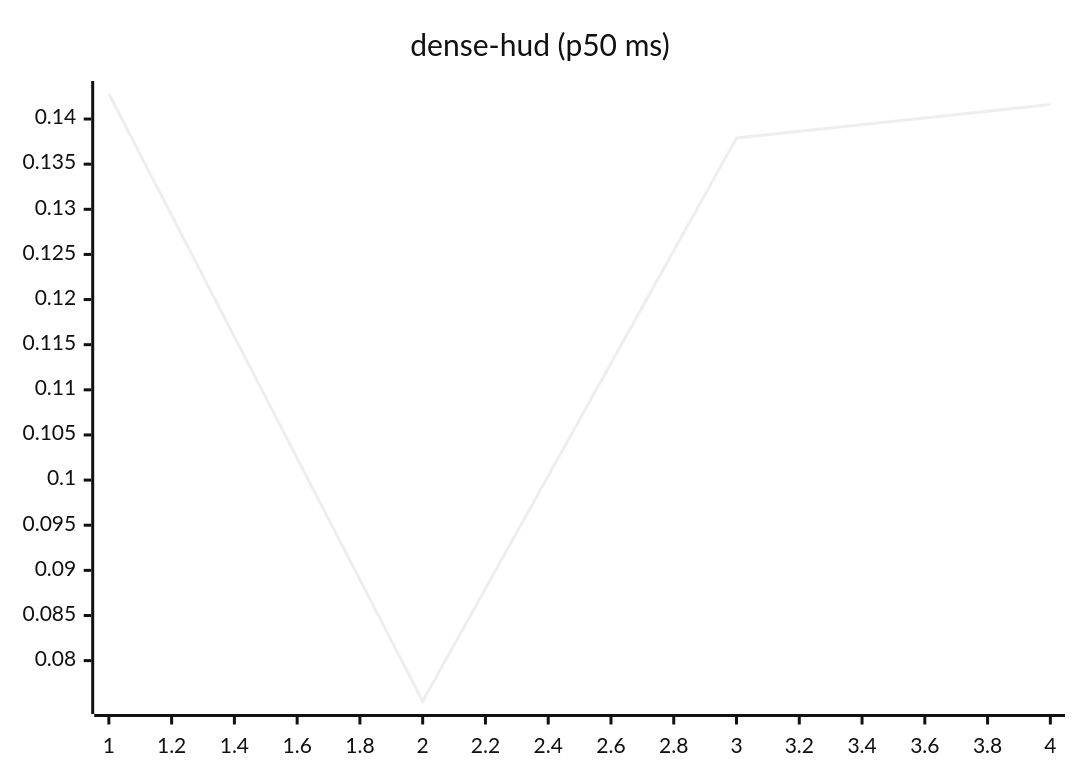
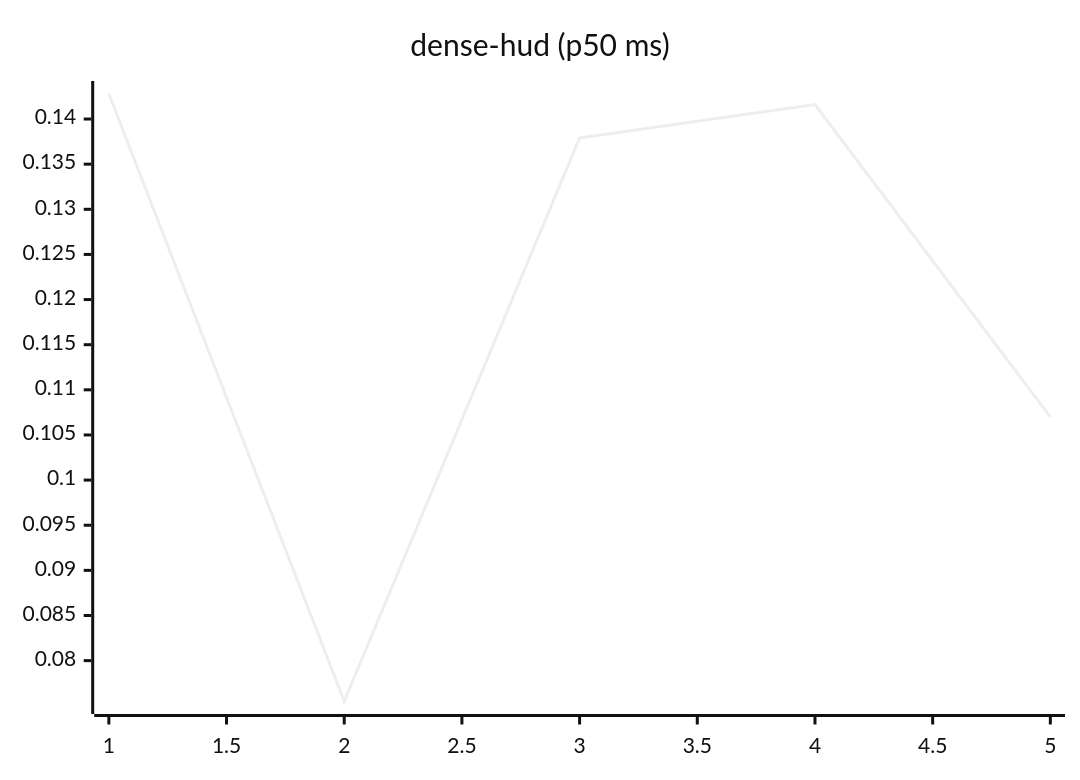
The eighth of 27 diagrams in README.md (josha/Facet), drawn with Mermaid (neutral theme) before and after one commit. The commit also changed other lines of this file and 2 other files, not shown here.

````diff
--- a/README.md
+++ b/README.md
@@ -112,6 +112,6 @@
 ```mermaid
 xychart-beta
     title "dense-hud (p50 ms)"
-    x-axis 1 --> 4
-    line [0.1428, 0.0755, 0.1379, 0.1416]
+    x-axis 1 --> 5
+    line [0.1428, 0.0755, 0.1379, 0.1416, 0.1070]
 ```
````
